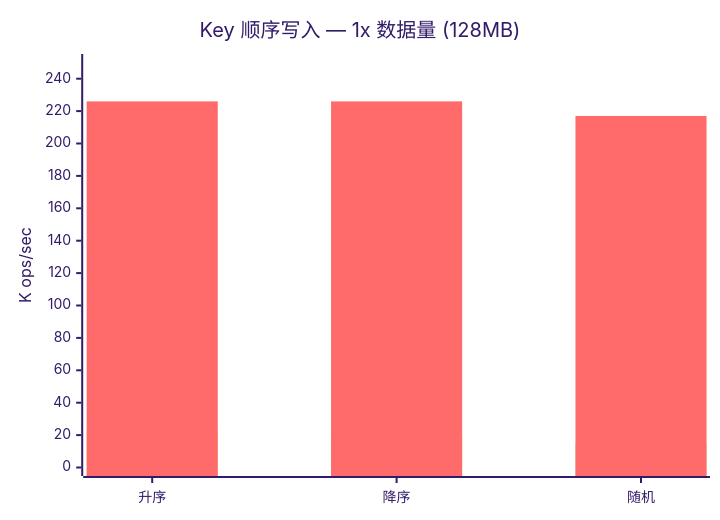
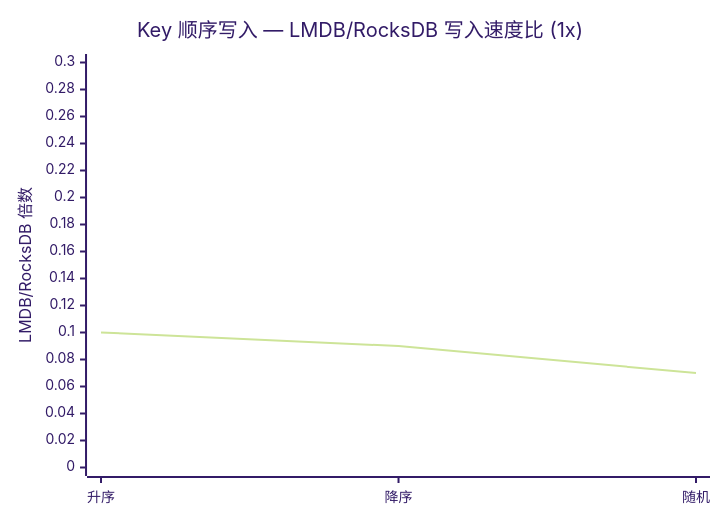
Before and after one commit to bangbang93/playground.js: the tenth of 16 diagrams in packages/db-bench/README.md, drawn with Mermaid (forest theme). The commit also changed other lines of this file, not shown here.

First line of the commit message:
docs(db-bench): replace stacked bars with ratio lines in Mermaid charts

````diff
--- a/packages/db-bench/README.md
+++ b/packages/db-bench/README.md
@@ -316,8 +328,7 @@
 ```mermaid
 xychart-beta
-    title "Key 顺序写入 — 1x 数据量 (128MB)"
+    title "Key 顺序写入 — LMDB/RocksDB 写入速度比 (1x)"
     x-axis ["升序", "降序", "随机"]
-    y-axis "K ops/sec" 0 --> 250
-    bar [23, 20, 15]
-    bar [226, 226, 217]
+    y-axis "LMDB/RocksDB 倍数" 0 --> 0.3
+    line [0.10, 0.09, 0.07]
 ```
````
